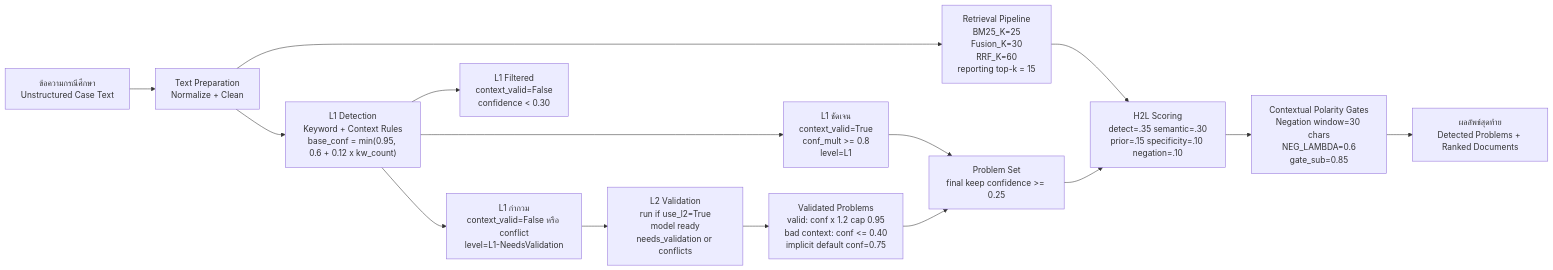
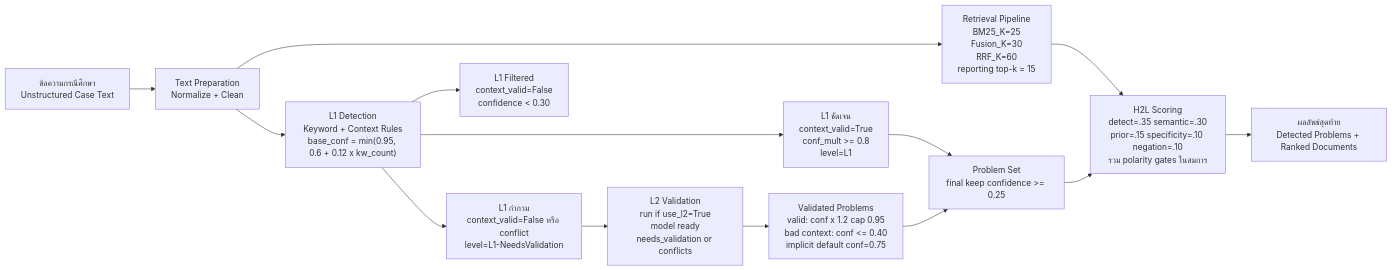
One commit to Mickeychay/thesis_one- changed the first of 9 diagrams in md_report/thesis_full_ch3_methodology.md. Above: the diagram before and after it, drawn with Mermaid. The commit also changed other lines of this file and 8 other files, not shown here.

````diff
--- a/md_report/thesis_full_ch3_methodology.md
+++ b/md_report/thesis_full_ch3_methodology.md
@@ -19,17 +19,16 @@
 ```mermaid
 flowchart LR
     A["ข้อความกรณีศึกษา<br/>Unstructured Case Text"] --> B["Text Preparation<br/>Normalize + Clean"]
     B --> C["L1 Detection<br/>Keyword + Context Rules<br/>base_conf = min(0.95, 0.6 + 0.12 x kw_count)"]
     C --> D1["L1 ชัดเจน<br/>context_valid=True<br/>conf_mult >= 0.8<br/>level=L1"]
     C --> D2["L1 กำกวม<br/>context_valid=False หรือ conflict<br/>level=L1-NeedsValidation"]
     C --> D3["L1 Filtered<br/>context_valid=False<br/>confidence &lt; 0.30"]
     D2 --> E["L2 Validation<br/>run if use_l2=True<br/>model ready<br/>needs_validation or conflicts"]
     E --> F["Validated Problems<br/>valid: conf x 1.2 cap 0.95<br/>bad context: conf &lt;= 0.40<br/>implicit default conf=0.75"]
     D1 --> G["Problem Set<br/>final keep confidence >= 0.25"]
     F --> G
     B --> H["Retrieval Pipeline<br/>BM25_K=25<br/>Fusion_K=30<br/>RRF_K=60<br/>reporting top-k = 15"]
-    H --> I["H2L Scoring<br/>detect=.35 semantic=.30<br/>prior=.15 specificity=.10 negation=.10"]
+    H --> I["H2L Scoring<br/>detect=.35 semantic=.30<br/>prior=.15 specificity=.10 negation=.10<br/>รวม polarity gates ในสมการ"]
     G --> I
-    I --> J["Contextual Polarity Gates<br/>Negation window=30 chars<br/>NEG_LAMBDA=0.6<br/>gate_sub=0.85"]
-    J --> K["ผลลัพธ์สุดท้าย<br/>Detected Problems + Ranked Documents"]
+    I --> K["ผลลัพธ์สุดท้าย<br/>Detected Problems + Ranked Documents"]
 ```
````
